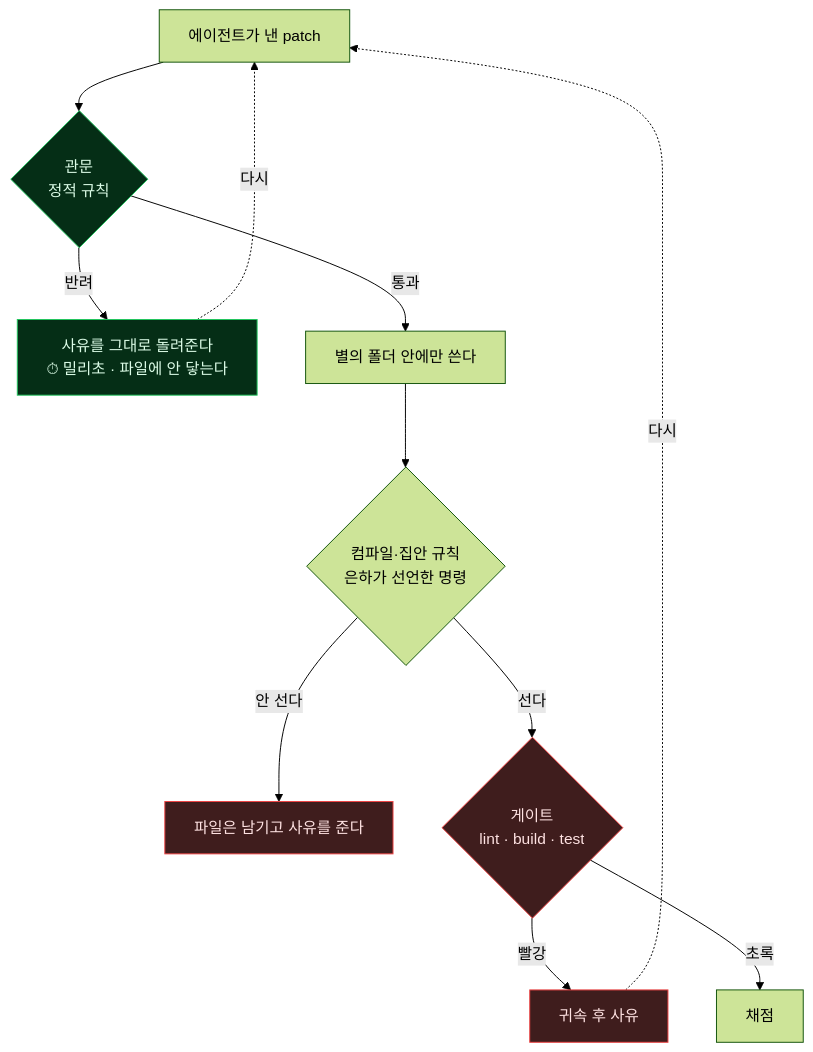
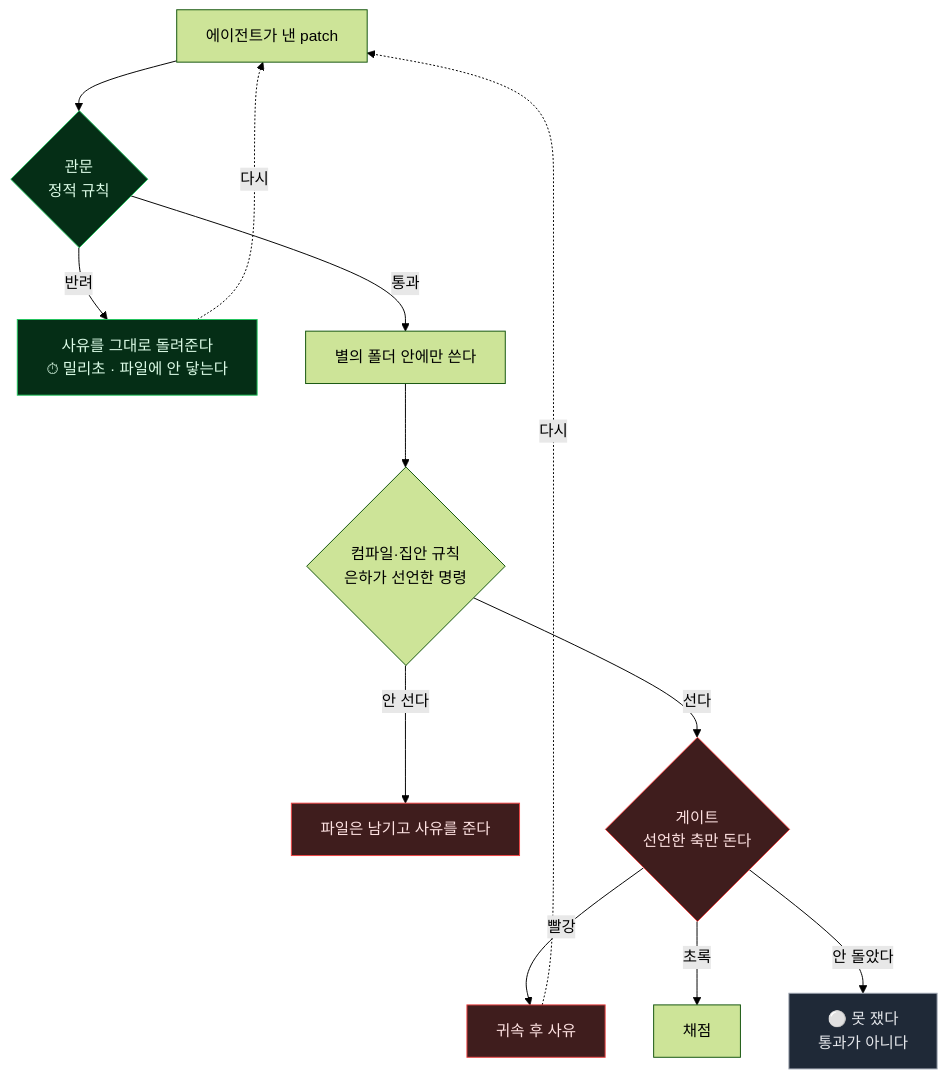
The third of 4 diagrams in docs/08-architecture.md (YuMyeongJun/universe-harness), drawn with Mermaid (forest theme) before and after one commit. The commit also changed other lines of this file and 3 other files, not shown here.

````diff
--- a/docs/08-architecture.md
+++ b/docs/08-architecture.md
@@ -118,18 +140,21 @@
 ```mermaid
 flowchart TD
   P["에이전트가 낸 patch"] --> C{"관문<br/>정적 규칙"}
   C -->|"반려"| R["사유를 그대로 돌려준다<br/>⏱ 밀리초 · 파일에 안 닿는다"]
   C -->|"통과"| W["별의 폴더 안에만 쓴다"]
   W --> K{"컴파일·집안 규칙<br/>은하가 선언한 명령"}
   K -->|"안 선다"| A2["파일은 남기고 사유를 준다"]
-  K -->|"선다"| G{"게이트<br/>lint · build · test"}
+  K -->|"선다"| G{"게이트<br/>선언한 축만 돈다"}
   G -->|"빨강"| A["귀속 후 사유"]
   G -->|"초록"| S["채점"]
+  G -->|"안 돌았다"| U["⚪ 못 쟀다<br/>통과가 아니다"]
   R -.->|"다시"| P
   A -.->|"다시"| P
 
   classDef cheap fill:#052e16,stroke:#22c55e,color:#dcfce7
   classDef dear fill:#3f1d1d,stroke:#ef4444,color:#fee2e2
+  classDef grey fill:#1f2937,stroke:#9ca3af,color:#e5e7eb
   class C,R cheap
   class G,A,A2 dear
+  class U grey
 ```
````
